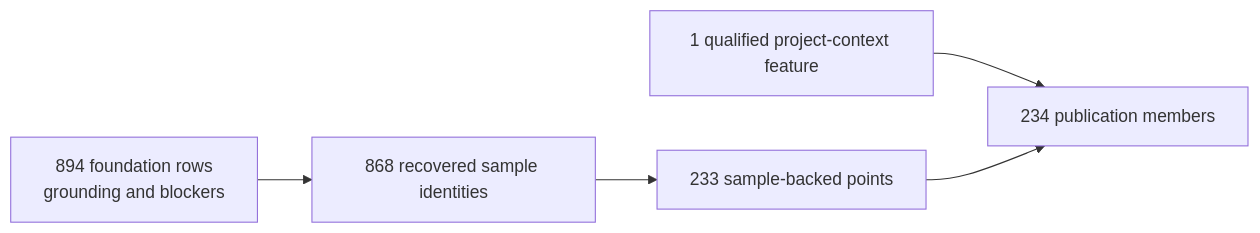
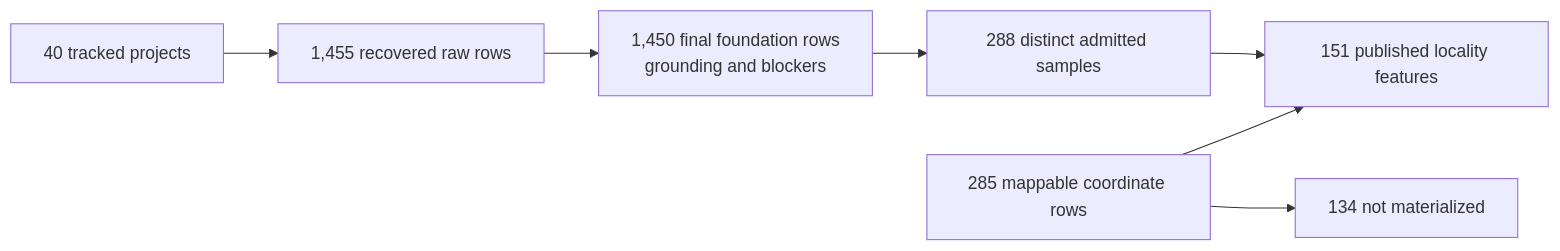
Before and after one commit to bijux/bijux-pollenomics: the third of 8 diagrams in docs/public/pollenomics-data/evidence/index.md, drawn with Mermaid. The commit also changed other lines of this file and 26 other files, not shown here.

````diff
--- a/docs/public/pollenomics-data/evidence/index.md
+++ b/docs/public/pollenomics-data/evidence/index.md
@@ -132,7 +132,9 @@
 ```mermaid
 flowchart LR
-    Foundation["894 foundation rows<br/>grounding and blockers"] --> Identity["868 recovered sample identities"]
-    Identity --> Samples["233 sample-backed points"]
-    Context["1 qualified project-context feature"] --> Product["234 publication members"]
-    Samples --> Product
+    Inventory["40 tracked projects"] --> Raw["1,455 recovered raw rows"]
+    Raw --> Foundation["1,450 final foundation rows<br/>grounding and blockers"]
+    Foundation --> Samples["288 distinct admitted samples"]
+    Samples --> Product["151 published locality features"]
+    Mappable["285 mappable coordinate rows"] --> Product
+    Mappable --> Excluded["134 not materialized"]
 ```
````
